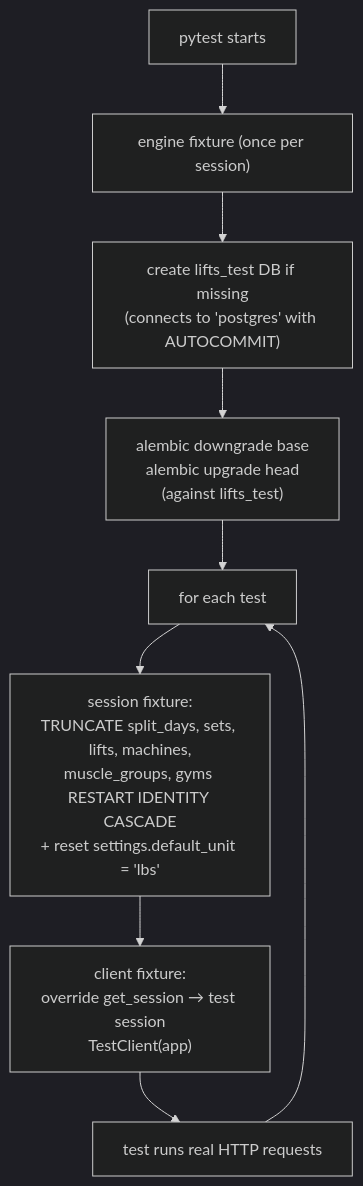
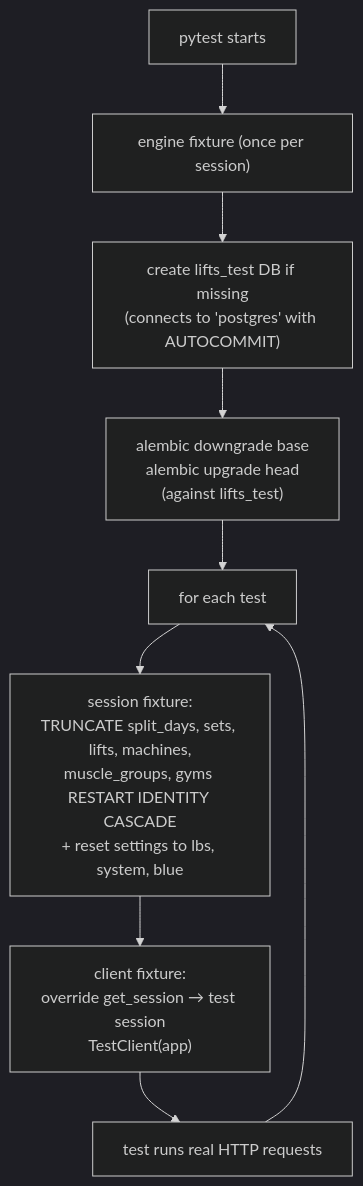
The diagram in docs/08-testing/testing.md (coopermay/fitness-tracker), drawn with Mermaid (dark theme) before and after one commit. The commit also changed other lines of this file and 46 other files, not shown here.

````diff
--- a/docs/08-testing/testing.md
+++ b/docs/08-testing/testing.md
@@ -40,11 +40,11 @@
 ```mermaid
 flowchart TD
     A["pytest starts"] --> B["engine fixture (once per session)"]
     B --> C["create lifts_test DB if missing<br/>(connects to 'postgres' with AUTOCOMMIT)"]
     C --> D["alembic downgrade base<br/>alembic upgrade head<br/>(against lifts_test)"]
     D --> E["for each test"]
-    E --> F["session fixture:<br/>TRUNCATE split_days, sets, lifts, machines,<br/>muscle_groups, gyms RESTART IDENTITY CASCADE<br/>+ reset settings.default_unit = 'lbs'"]
+    E --> F["session fixture:<br/>TRUNCATE split_days, sets, lifts, machines,<br/>muscle_groups, gyms RESTART IDENTITY CASCADE<br/>+ reset settings to lbs, system, blue"]
     F --> G["client fixture:<br/>override get_session → test session<br/>TestClient(app)"]
     G --> H["test runs real HTTP requests"]
     H --> E
 ```
````
